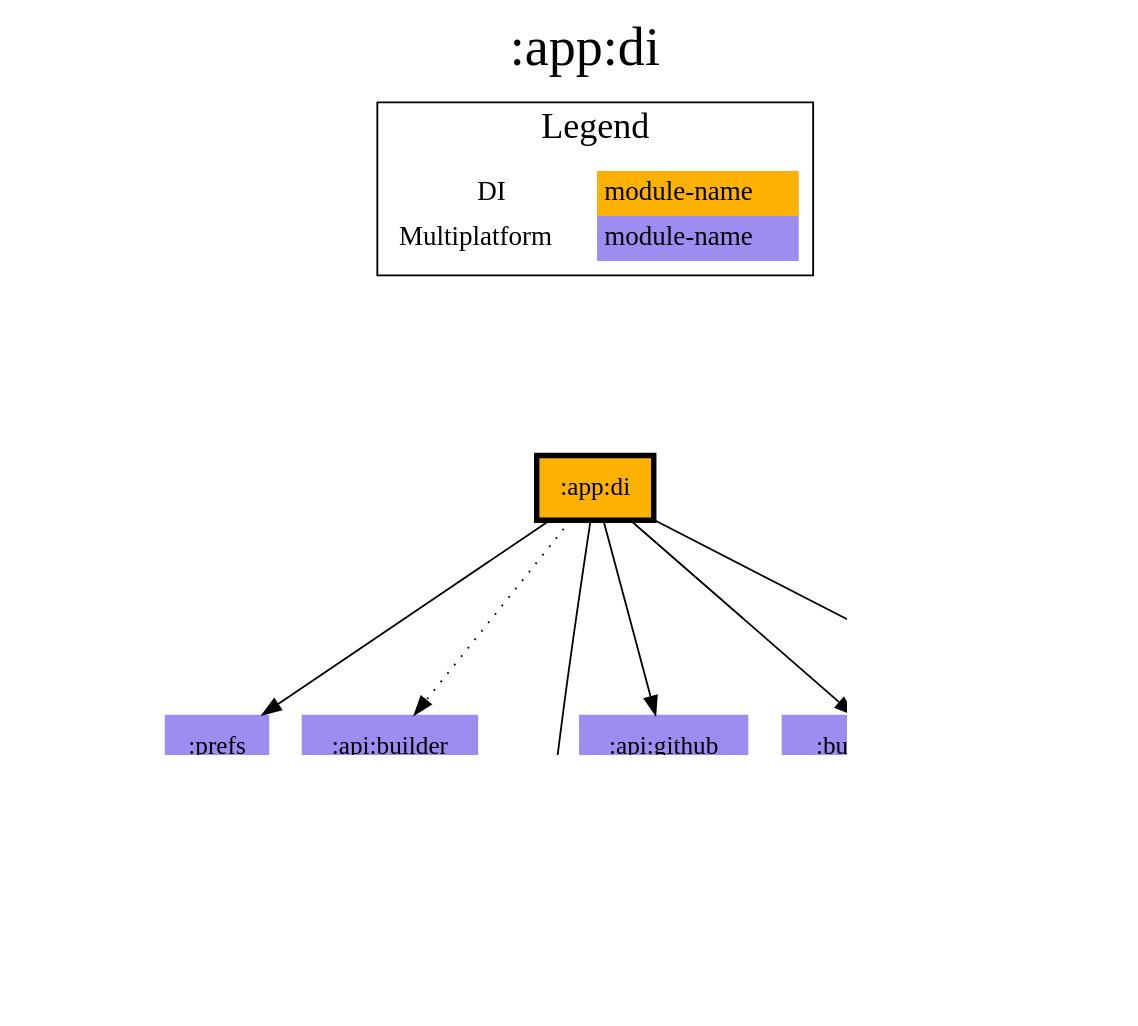
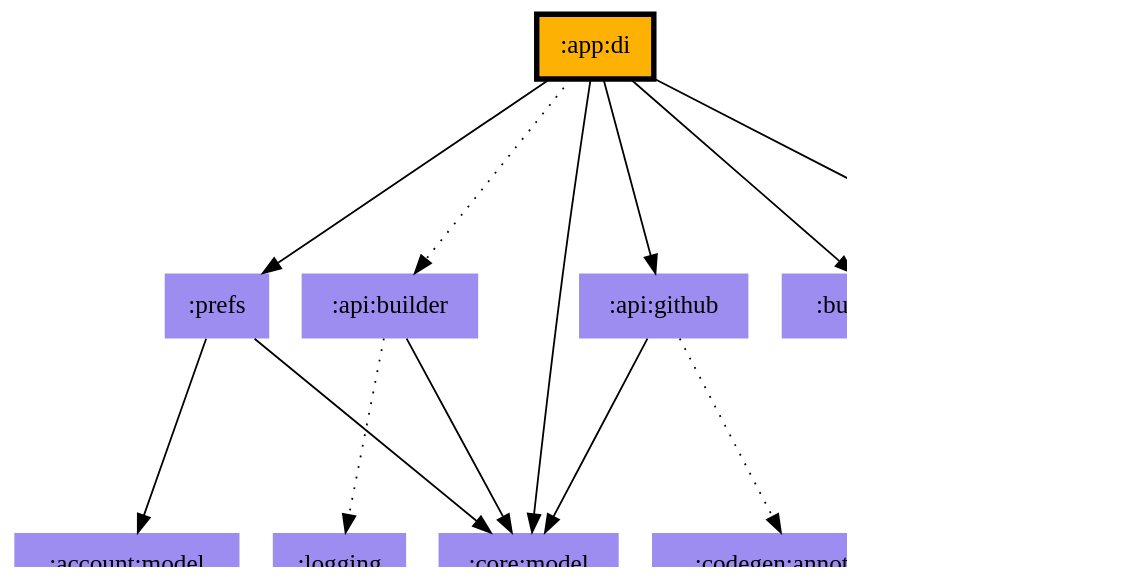
One commit to jonapoul/aktual changed the diagram in app/di/modules.dot. Above: the diagram before and after it, drawn with Graphviz. The commit also changed 138 other files, not shown here.

First line of the commit message:
Rework diagram generation (#465)

```diff
--- a/app/di/modules.dot
+++ b/app/di/modules.dot
@@ -1,42 +1,27 @@
 digraph {
 edge ["dir"="forward"]
-graph ["dpi"="100","label"=":app:di","labelloc"="t","fontsize"="30","ranksep"="1.5","rankdir"="TB"]
+graph ["dpi"="100","fontsize"="30","ranksep"="1.5","rankdir"="TB"]
 node ["style"="filled"]
 ":account:model" ["fillcolor"="#9D8DF1","shape"="none"]
 ":api:builder" ["fillcolor"="#9D8DF1","shape"="none"]
 ":api:github" ["fillcolor"="#9D8DF1","shape"="none"]
 ":app:di" ["fillcolor"="#FCB103","color"="black","penwidth"="3","shape"="box"]
 ":budget:model" ["fillcolor"="#9D8DF1","shape"="none"]
 ":codegen:annotation" ["fillcolor"="#9D8DF1","shape"="none"]
 ":core:di" ["fillcolor"="#FCB103","shape"="none"]
 ":core:model" ["fillcolor"="#9D8DF1","shape"="none"]
 ":logging" ["fillcolor"="#9D8DF1","shape"="none"]
 ":prefs" ["fillcolor"="#9D8DF1","shape"="none"]
-{
-edge ["dir"="none"]
-graph ["rank"="same"]
-":app:di"
-}
 ":api:builder" -> ":core:model"
 ":api:builder" -> ":logging" ["style"="dotted"]
 ":api:github" -> ":codegen:annotation" ["style"="dotted"]
 ":api:github" -> ":core:model"
 ":app:di" -> ":api:builder" ["style"="dotted"]
 ":app:di" -> ":api:github"
 ":app:di" -> ":budget:model"
 ":app:di" -> ":core:di"
 ":app:di" -> ":core:model"
 ":app:di" -> ":prefs"
 ":prefs" -> ":account:model"
 ":prefs" -> ":core:model"
-subgraph "cluster_legend" {
-edge ["dir"="none"]
-graph ["label"="Legend","fontsize"="20"]
-"Legend" ["style"="filled","fillcolor"="#FFFFFF","shape"="none","margin"="0","fontsize"="15","label"=<
-<TABLE BORDER="0" CELLBORDER="0" CELLSPACING="0" CELLPADDING="4">
-<TR><TD>DI</TD><TD BGCOLOR="#FCB103">module-name</TD></TR>
-<TR><TD>Multiplatform</TD><TD BGCOLOR="#9D8DF1">module-name</TD></TR>
-</TABLE>
->]
-} -> ":app:di" ["style"="invis"]
 }
```
